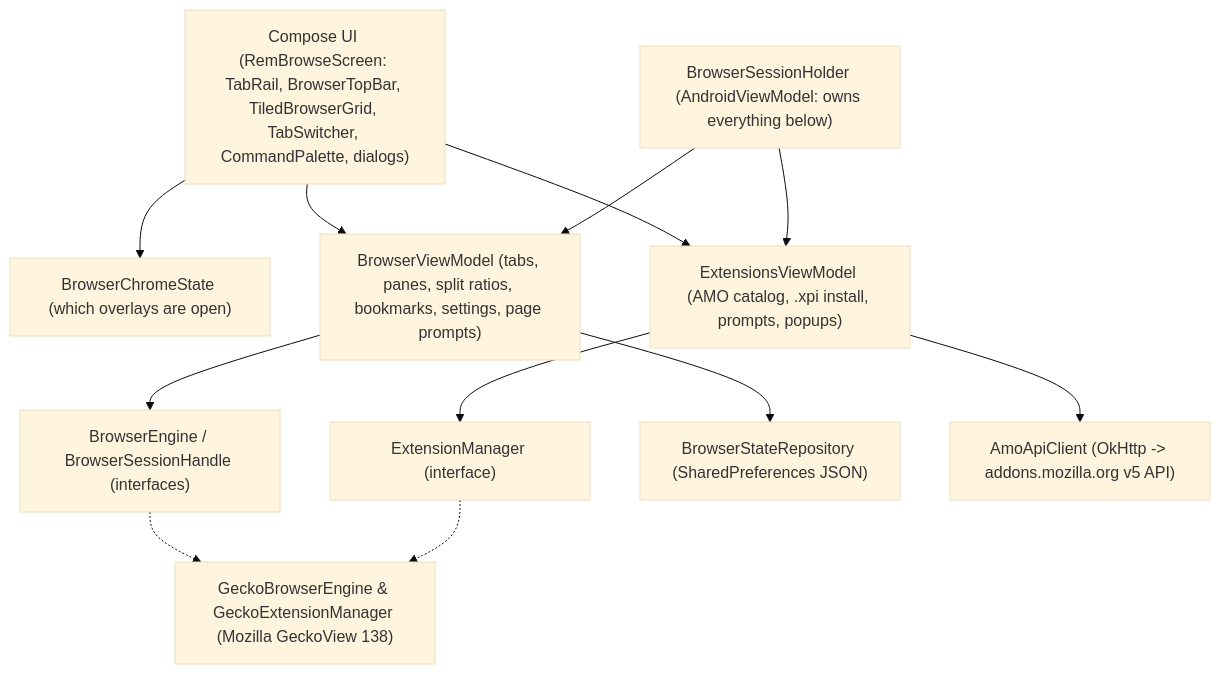
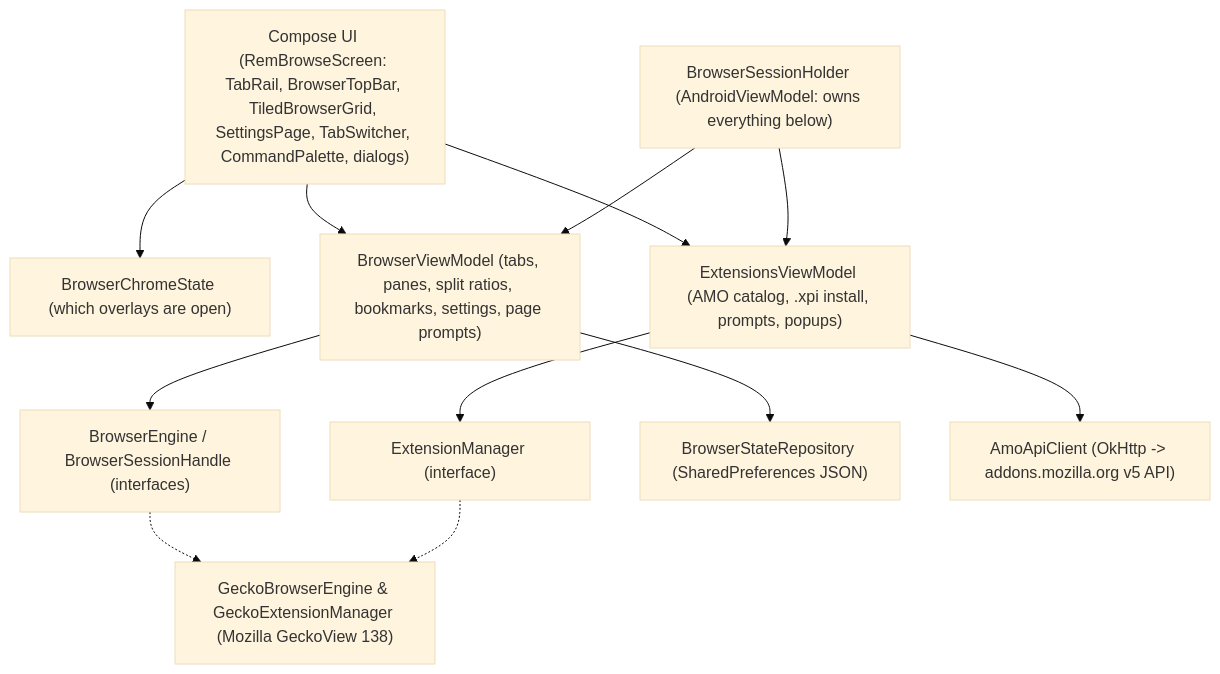
The diagram in docs/ARCHITECTURE.md (sakifmostafa/RemBrowse), drawn with Mermaid (base theme) before and after one commit. The commit also changed other lines of this file and 24 other files, not shown here.

First line of the commit message:
Settings page with extensions, search engine choice (v0.05)

````diff
--- a/docs/ARCHITECTURE.md
+++ b/docs/ARCHITECTURE.md
@@ -7,25 +7,25 @@
 ```mermaid
 flowchart TD
-    UI["Compose UI (RemBrowseScreen: TabRail, BrowserTopBar, TiledBrowserGrid, TabSwitcher, CommandPalette, dialogs)"]
+    UI["Compose UI (RemBrowseScreen: TabRail, BrowserTopBar, TiledBrowserGrid, SettingsPage, TabSwitcher, CommandPalette, dialogs)"]
     CHROME["BrowserChromeState (which overlays are open)"]
     HOLDER["BrowserSessionHolder (AndroidViewModel: owns everything below)"]
     BVM["BrowserViewModel (tabs, panes, split ratios, bookmarks, settings, page prompts)"]
     EVM["ExtensionsViewModel (AMO catalog, .xpi install, prompts, popups)"]
     BE["BrowserEngine / BrowserSessionHandle (interfaces)"]
     EM["ExtensionManager (interface)"]
     REPO["BrowserStateRepository (SharedPreferences JSON)"]
     AMO["AmoApiClient (OkHttp -> addons.mozilla.org v5 API)"]
     GECKO["GeckoBrowserEngine & GeckoExtensionManager (Mozilla GeckoView 138)"]
 
     UI --> BVM
     UI --> EVM
     UI --> CHROME
     HOLDER --> BVM
     HOLDER --> EVM
     BVM --> BE
     BVM --> REPO
     EVM --> EM
     EVM --> AMO
     BE -.-> GECKO
     EM -.-> GECKO
 ```
````
